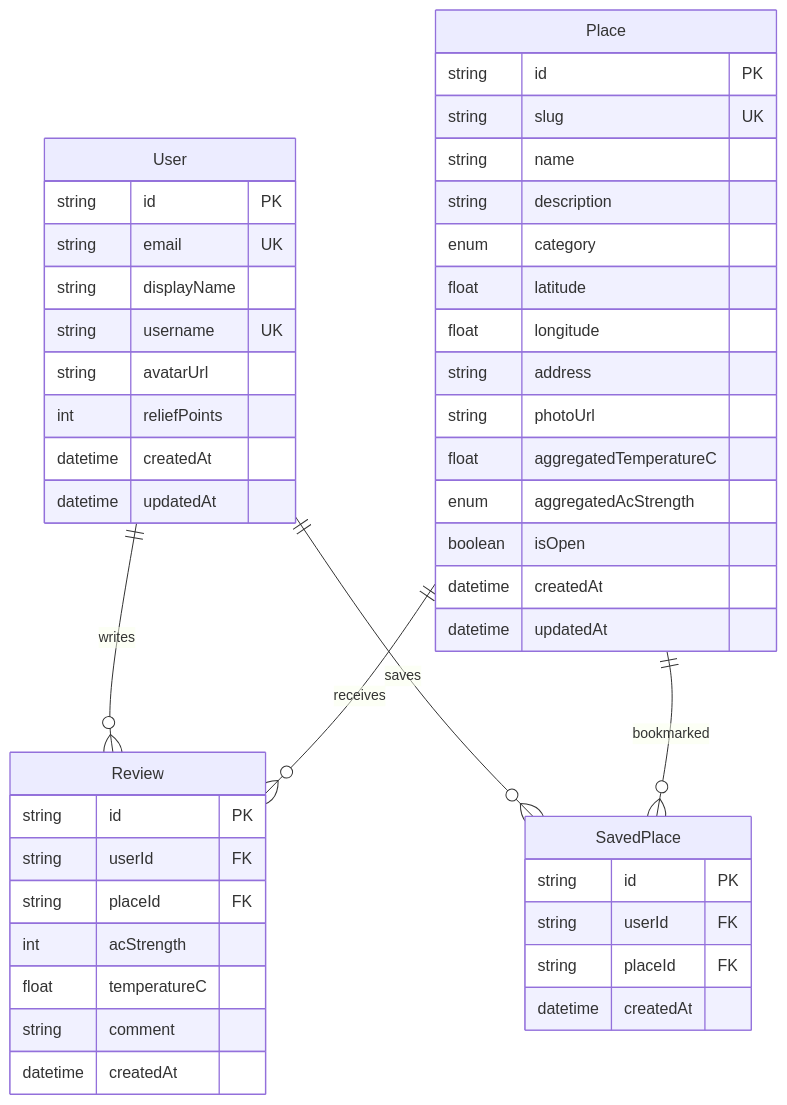
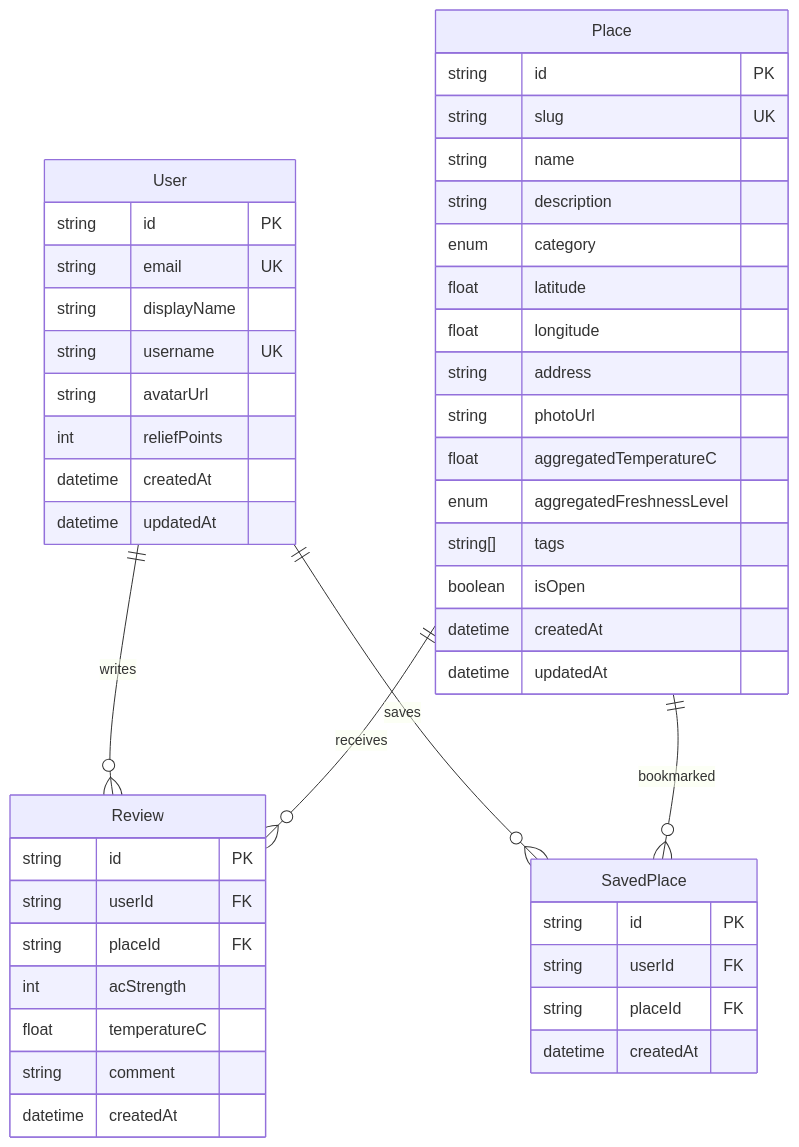
The diagram in docs/database.md (alexandrelheinen/freshy), drawn with Mermaid before and after one commit. The commit also changed other lines of this file and 32 other files, not shown here.

First line of the commit message:
feat(classification): add five-level freshness system and docs

````diff
--- a/docs/database.md
+++ b/docs/database.md
@@ -29,52 +29,53 @@
 ```mermaid
 erDiagram
     User ||--o{ Review : writes
     User ||--o{ SavedPlace : saves
     Place ||--o{ Review : receives
     Place ||--o{ SavedPlace : bookmarked
 
     User {
         string id PK
         string email UK
         string displayName
         string username UK
         string avatarUrl
         int reliefPoints
         datetime createdAt
         datetime updatedAt
     }
 
     Place {
         string id PK
         string slug UK
         string name
         string description
         enum category
         float latitude
         float longitude
         string address
         string photoUrl
         float aggregatedTemperatureC
-        enum aggregatedAcStrength
+        enum aggregatedFreshnessLevel
+        string[] tags
         boolean isOpen
         datetime createdAt
         datetime updatedAt
     }
 
     Review {
         string id PK
         string userId FK
         string placeId FK
         int acStrength
         float temperatureC
         string comment
         datetime createdAt
     }
 
     SavedPlace {
         string id PK
         string userId FK
         string placeId FK
         datetime createdAt
     }
 ```
````
